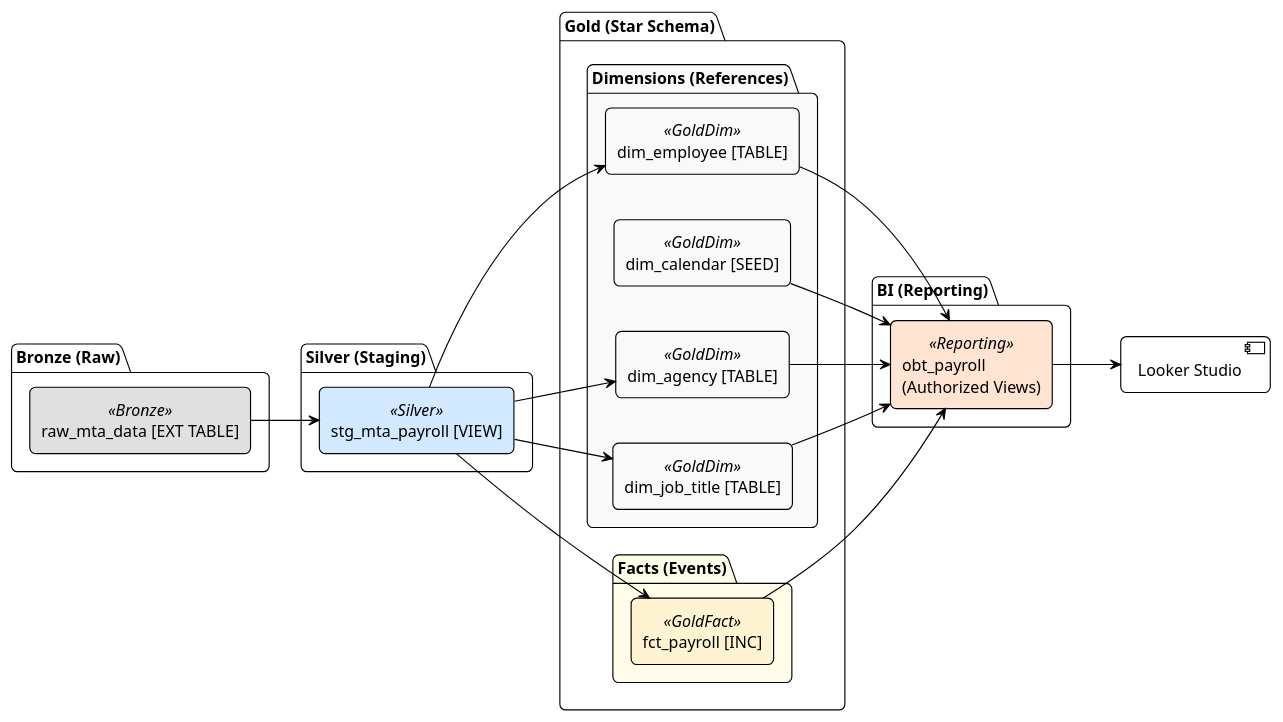
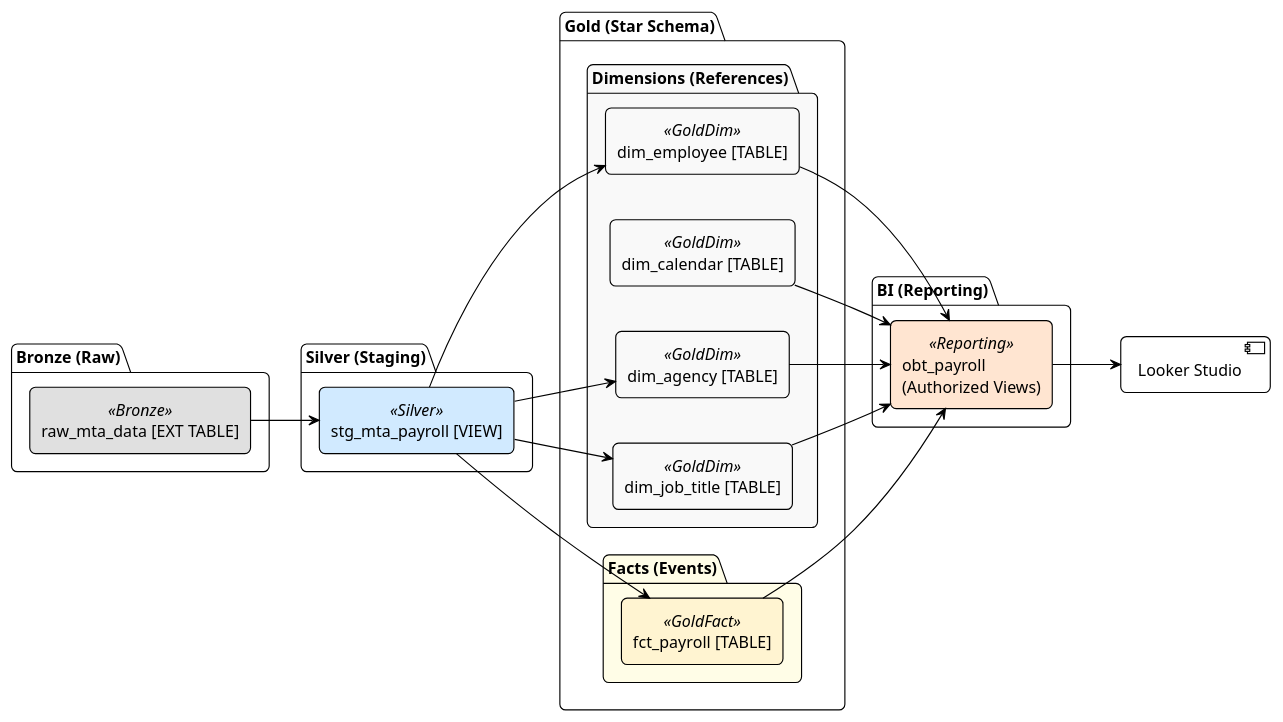
The diagram in documentation/diagrams/source_code/dbt_mta_materialization.puml (Kadiax/mta-payroll-nyc), drawn with PlantUML before and after one commit. The commit also changed 10 other files, not shown here.

```diff
--- a/documentation/diagrams/source_code/dbt_mta_materialization.puml
+++ b/documentation/diagrams/source_code/dbt_mta_materialization.puml
@@ -1,60 +1,60 @@
 @startuml
 ' --- Configuration ---
 !theme plain
 left to right direction
 skinparam nodesep 40
 skinparam ranksep 60
 skinparam shadowing false
 skinparam RoundCorner 10
 
 ' --- Styling Definitions ---
 skinparam rectangle {
     BackgroundColor<<Bronze>> #E0E0E0
     BackgroundColor<<Silver>> #D1EAFF
     BackgroundColor<<GoldFact>> #FFF4D1
     BackgroundColor<<GoldDim>> #F9F9F9
     BackgroundColor<<Reporting>> #FFE5D1
 }
 
 ' --- Nodes ---
 package "Bronze (Raw)" {
     rectangle "raw_mta_data [EXT TABLE]" <<Bronze>> as B1
 }
 
 package "Silver (Staging)" {
     rectangle "stg_mta_payroll [VIEW]" <<Silver>> as S1
 }
 
 package "Gold (Star Schema)" {
     folder "Dimensions (References)" #F9F9F9 {
         rectangle "dim_employee [TABLE]" <<GoldDim>> as G_DE
-        rectangle "dim_calendar [SEED]" <<GoldDim>> as G_DC
+        rectangle "dim_calendar [TABLE]" <<GoldDim>> as G_DC
         rectangle "dim_agency [TABLE]" <<GoldDim>> as G_DA
         rectangle "dim_job_title [TABLE]" <<GoldDim>> as G_DJ
     }
     
     folder "Facts (Events)" #FFFDE7 {
-        rectangle "fct_payroll [INC]" <<GoldFact>> as G_FP
+        rectangle "fct_payroll [TABLE]" <<GoldFact>> as G_FP
     }
 }
 
 package "BI (Reporting)" {
     rectangle "obt_payroll\n(Authorized Views)" <<Reporting>> as R_OBT
 }
 
 ' --- Dependencies (Lineage) ---
 B1 --> S1
 S1 --> G_FP
 S1 --> G_DE
 S1 --> G_DA
 S1 --> G_DJ
 
 
 G_DE --> R_OBT
 G_DC --> R_OBT
 G_DA --> R_OBT
 G_DJ --> R_OBT
 G_FP --> R_OBT
 
 R_OBT --> [Looker Studio]
 @enduml
```
